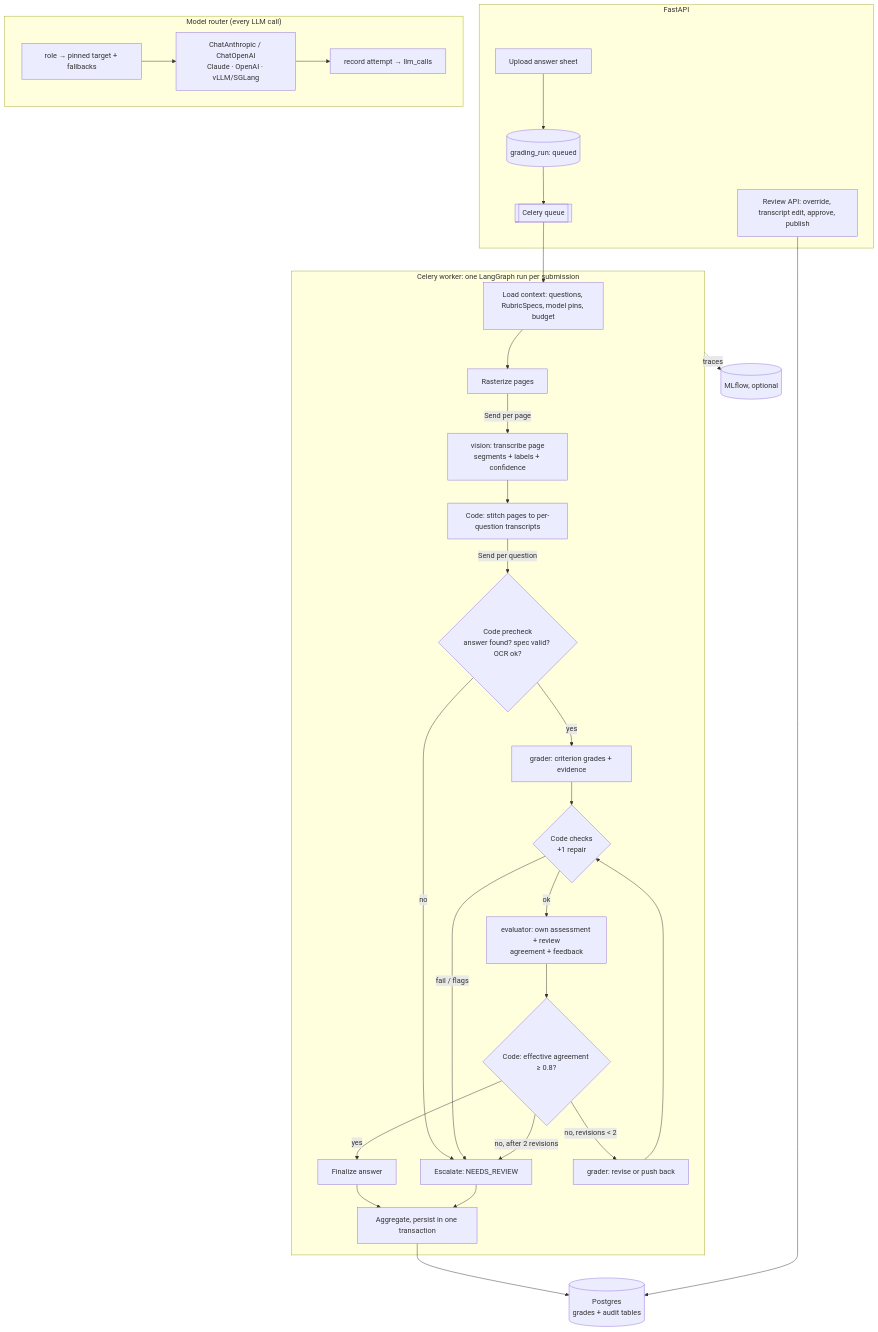
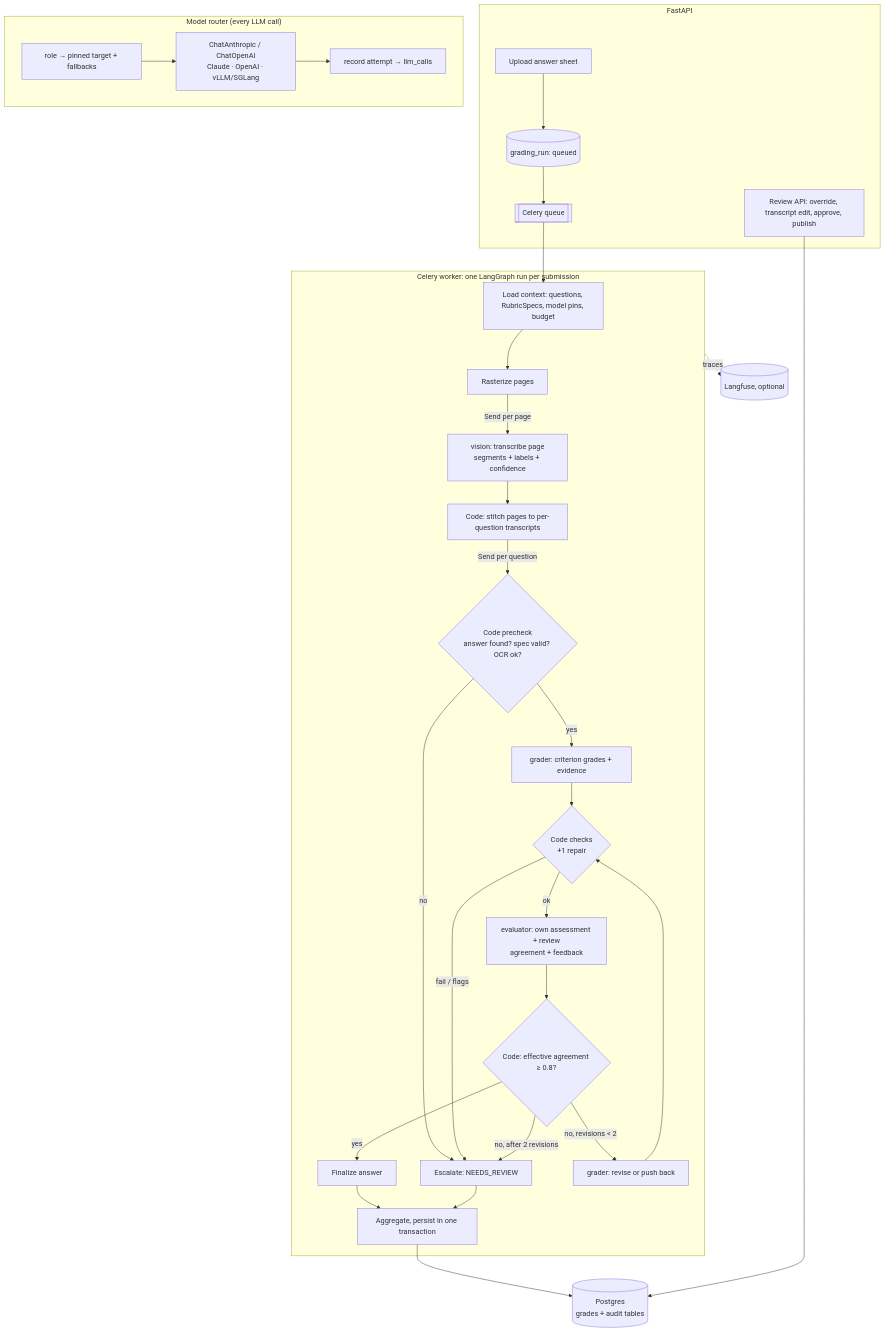
One commit to Harshit2807161/Graider changed the first of 2 diagrams in docs/proposals/002-grading-v2-architecture.md. Above: the diagram before and after it, drawn with Mermaid. The commit also changed other lines of this file and 6 other files, not shown here.

````diff
--- a/docs/proposals/002-grading-v2-architecture.md
+++ b/docs/proposals/002-grading-v2-architecture.md
@@ -50,37 +50,37 @@
 ```mermaid
 flowchart TB
     subgraph API["FastAPI"]
       UP[Upload answer sheet] --> RUN[(grading_run: queued)]
       RUN --> Q[[Celery queue]]
       RV[Review API: override, transcript edit, approve, publish]
     end
 
     subgraph Worker["Celery worker: one LangGraph run per submission"]
       Q --> CTX[Load context: questions, RubricSpecs, model pins, budget]
       CTX --> PAGES[Rasterize pages]
       PAGES -->|Send per page| TR[vision: transcribe page<br/>segments + labels + confidence]
       TR --> ST[Code: stitch pages to per-question transcripts]
       ST -->|Send per question| PRE{Code precheck<br/>answer found? spec valid? OCR ok?}
       PRE -- no --> ESC[Escalate: NEEDS_REVIEW]
       PRE -- yes --> GR[grader: criterion grades + evidence]
       GR --> CHK{Code checks<br/>+1 repair}
       CHK -- fail / flags --> ESC
       CHK -- ok --> EV[evaluator: own assessment + review<br/>agreement + feedback]
       EV --> AG{Code: effective agreement ≥ 0.8?}
       AG -- yes --> FIN[Finalize answer]
       AG -- no, revisions < 2 --> REV[grader: revise or push back] --> CHK
       AG -- no, after 2 revisions --> ESC
       FIN --> AGG[Aggregate, persist in one transaction]
       ESC --> AGG
     end
 
     subgraph Router["Model router (every LLM call)"]
       direction LR
       R1[role → pinned target + fallbacks] --> R2[ChatAnthropic / ChatOpenAI<br/>Claude · OpenAI · vLLM/SGLang]
       R2 --> R3[record attempt → llm_calls]
     end
 
     AGG --> DB[(Postgres<br/>grades + audit tables)]
     RV --> DB
-    Worker -. traces .-> ML[(MLflow, optional)]
+    Worker -. traces .-> LF[(Langfuse, optional)]
 ```
````
